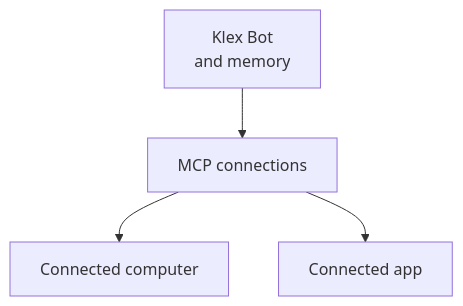
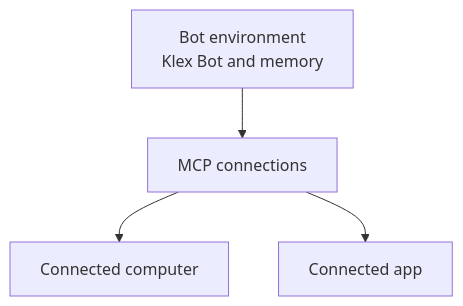
Before and after one commit to stagewise-io/klex: the diagram in apps/docs/docs/bot/concepts/01-how-bots-work.mdx, drawn with Mermaid.

Commit message:
docs: label bot environment in diagram

````diff
--- a/apps/docs/docs/bot/concepts/01-how-bots-work.mdx
+++ b/apps/docs/docs/bot/concepts/01-how-bots-work.mdx
@@ -17,9 +17,9 @@
 ```mermaid
 flowchart TB
     accTitle: Klex Bot connections
     accDescr: The Bot and its memory are in its own environment. The Bot uses MCP to connect to computers and apps.
-    BotEnv["Klex Bot<br/>and memory"]
+    BotEnv["Bot environment<br/>Klex Bot and memory"]
     BotEnv --> MCP["MCP connections"]
     MCP --> Computer["Connected computer"]
     MCP --> App["Connected app"]
 ```
````
